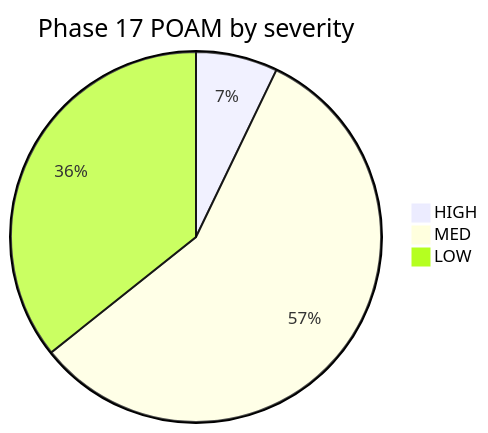
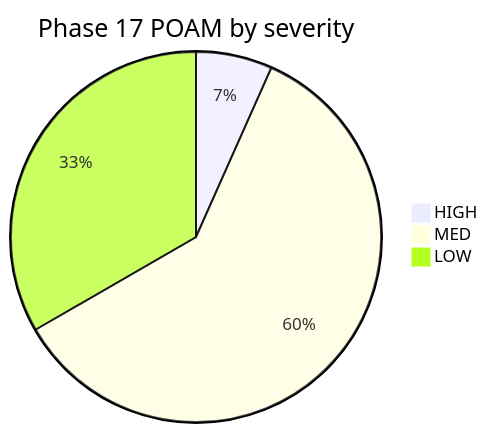
The diagram in docs/grc/POAM_PLAN_OF_ACTION.md (ET-sec/cyber-squire1), drawn with Mermaid before and after one commit. The commit also changed other lines of this file, not shown here.

````diff
--- a/docs/grc/POAM_PLAN_OF_ACTION.md
+++ b/docs/grc/POAM_PLAN_OF_ACTION.md
@@ -565,6 +566,6 @@
 ```mermaid
 pie title Phase 17 POAM by severity
     "HIGH" : 1
-    "MED" : 8
+    "MED" : 9
     "LOW" : 5
 ```
````
